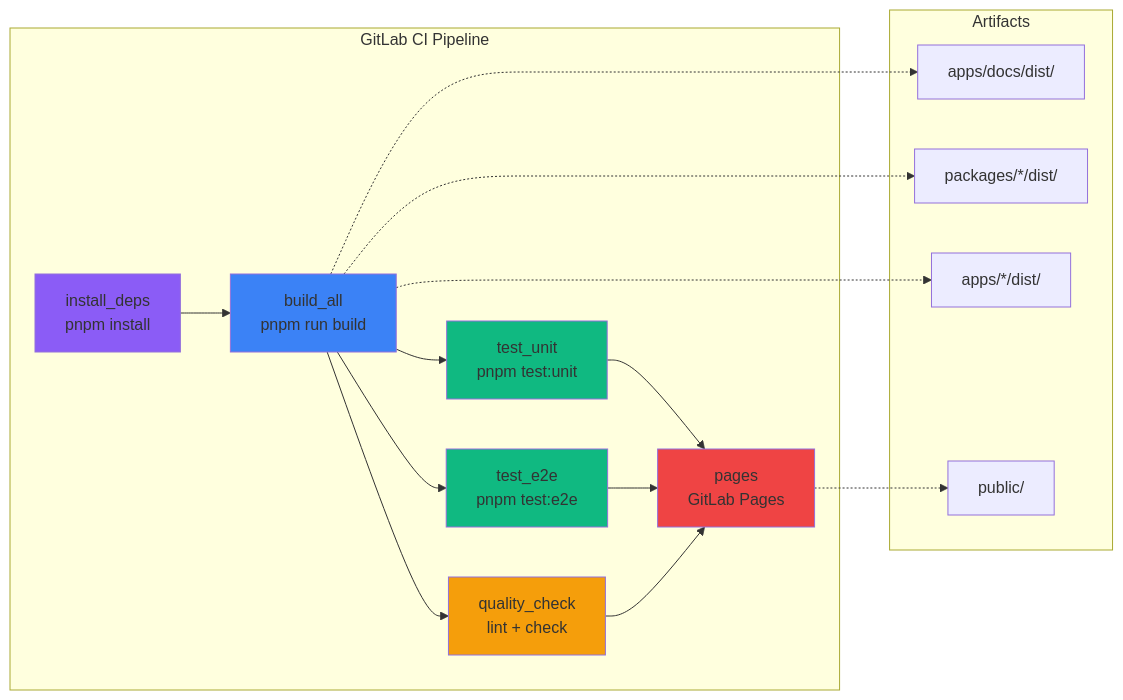
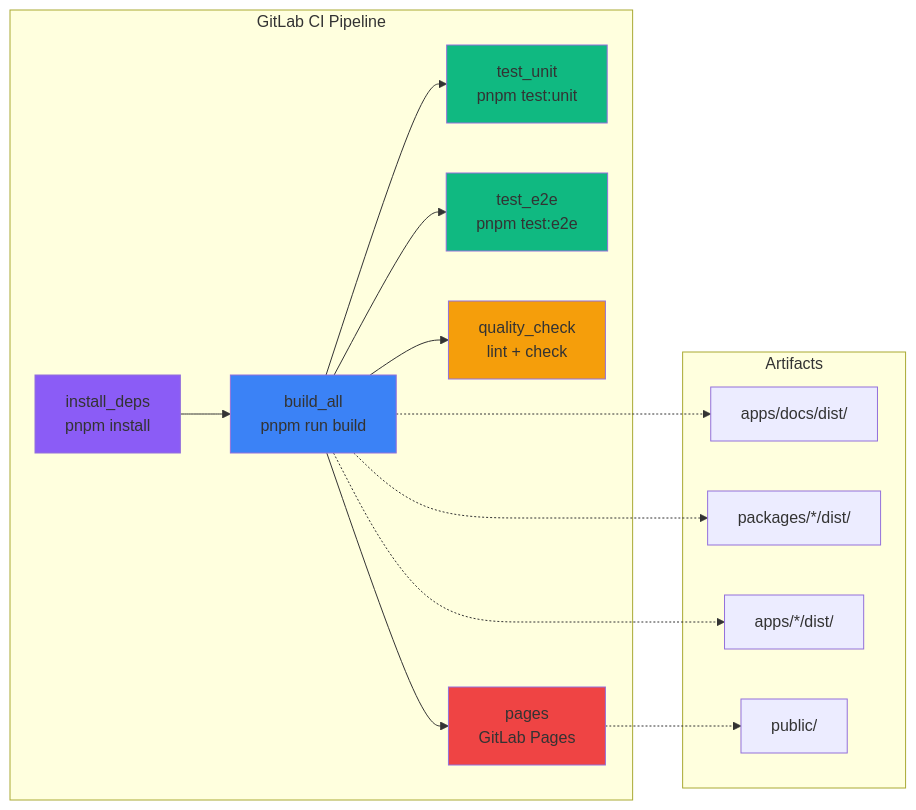
The third of 9 diagrams in apps/docs/src/arc42/07-deployment-view.md (mainzcript/ujl), drawn with Mermaid before and after one commit. The commit also changed other lines of this file and 10 other files, not shown here.

Commit message:
refactor: update architecture documentation to clarify UJL's structure, including detailed descriptions of content and design separation, image storage strategies, and the role of the Crafter in editor workflows, while enhancing overall clarity and consistency across sections

````diff
--- a/apps/docs/src/arc42/07-deployment-view.md
+++ b/apps/docs/src/arc42/07-deployment-view.md
@@ -160,38 +162,36 @@
 ```mermaid
 graph LR
     subgraph "GitLab CI Pipeline"
         Install[install_deps<br/>pnpm install]
         Build[build_all<br/>pnpm run build]
         TestUnit[test_unit<br/>pnpm test:unit]
         TestE2E[test_e2e<br/>pnpm test:e2e]
         Quality[quality_check<br/>lint + check]
         Deploy[pages<br/>GitLab Pages]
     end
 
     subgraph "Artifacts"
         DocsOutput[apps/docs/dist/]
         DistPackages[packages/*/dist/]
         DistApps[apps/*/dist/]
         Public[public/]
     end
 
     Install --> Build
-    Build --> Quality
     Build --> TestUnit
     Build --> TestE2E
-    TestUnit --> Deploy
-    TestE2E --> Deploy
-    Quality --> Deploy
+    Build --> Quality
+    Build --> Deploy
 
     Build -.-> DocsOutput
     Build -.-> DistPackages
     Build -.-> DistApps
     Deploy -.-> Public
 
     style Install fill:#8b5cf6
     style Build fill:#3b82f6
     style TestUnit fill:#10b981
     style TestE2E fill:#10b981
     style Quality fill:#f59e0b
     style Deploy fill:#ef4444
 ```
````
